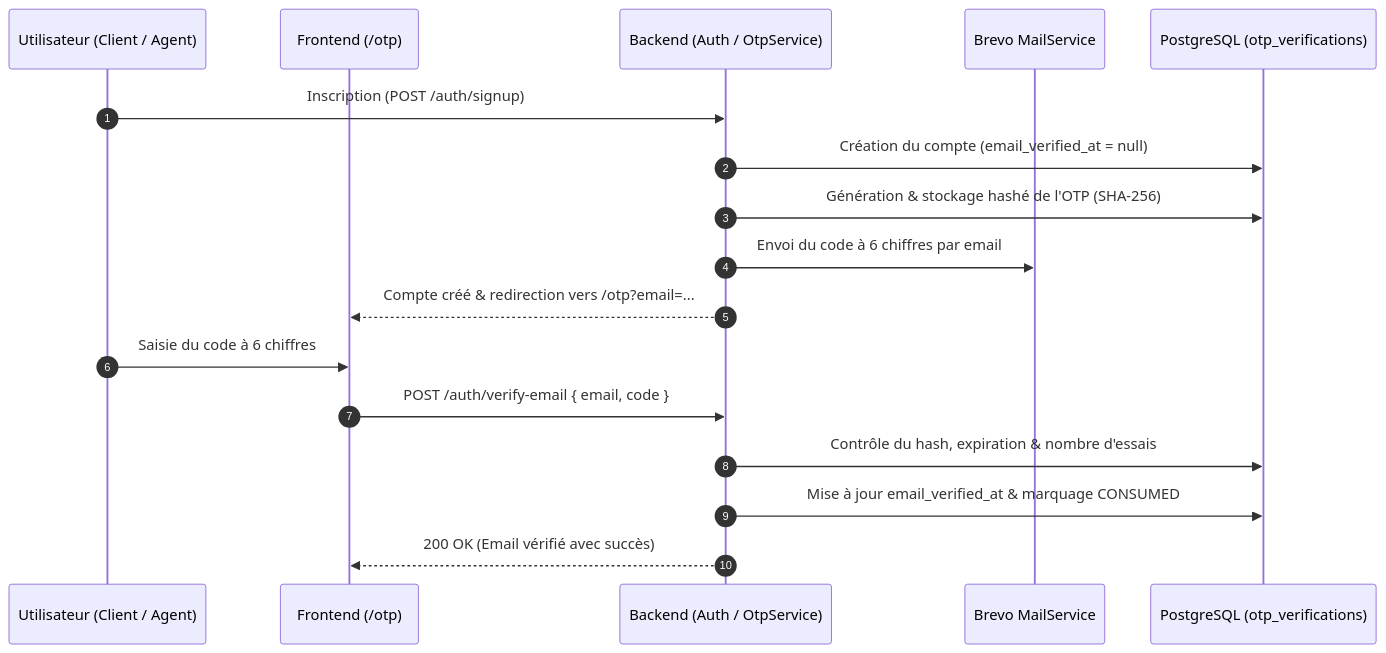
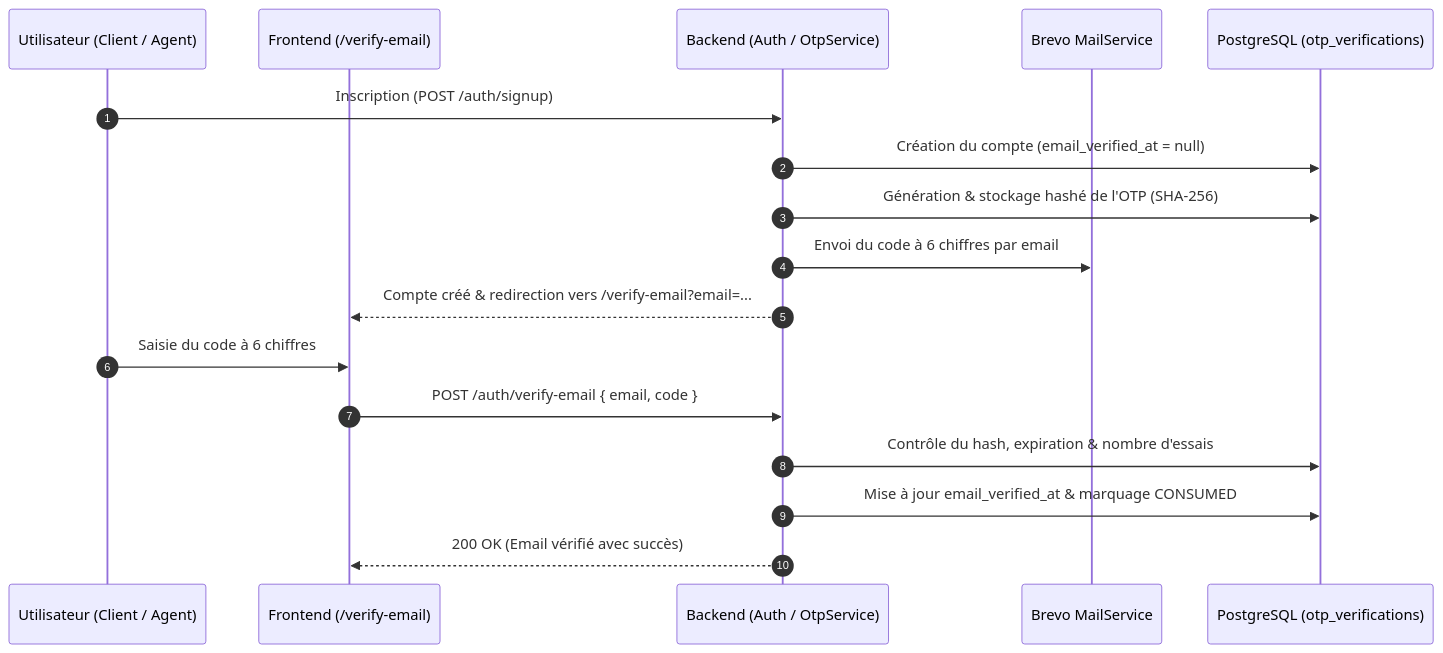
Before and after one commit to rihem-akermi/freeForU: the seventh of 9 diagrams in README.md, drawn with Mermaid. The commit also changed other lines of this file and 18 other files, not shown here.

````diff
--- a/README.md
+++ b/README.md
@@ -318,20 +318,20 @@
 ```mermaid
 sequenceDiagram
     autonumber
     participant User as Utilisateur (Client / Agent)
-    participant UI as Frontend (/otp)
+    participant UI as Frontend (/verify-email)
     participant API as Backend (Auth / OtpService)
     participant Mail as Brevo MailService
     participant DB as PostgreSQL (otp_verifications)
 
     User->>API: Inscription (POST /auth/signup)
     API->>DB: Création du compte (email_verified_at = null)
     API->>DB: Génération & stockage hashé de l'OTP (SHA-256)
     API->>Mail: Envoi du code à 6 chiffres par email
-    API-->>UI: Compte créé & redirection vers /otp?email=...
+    API-->>UI: Compte créé & redirection vers /verify-email?email=...
     User->>UI: Saisie du code à 6 chiffres
     UI->>API: POST /auth/verify-email { email, code }
     API->>DB: Contrôle du hash, expiration & nombre d'essais
     API->>DB: Mise à jour email_verified_at & marquage CONSUMED
     API-->>UI: 200 OK (Email vérifié avec succès)
 ```
````
